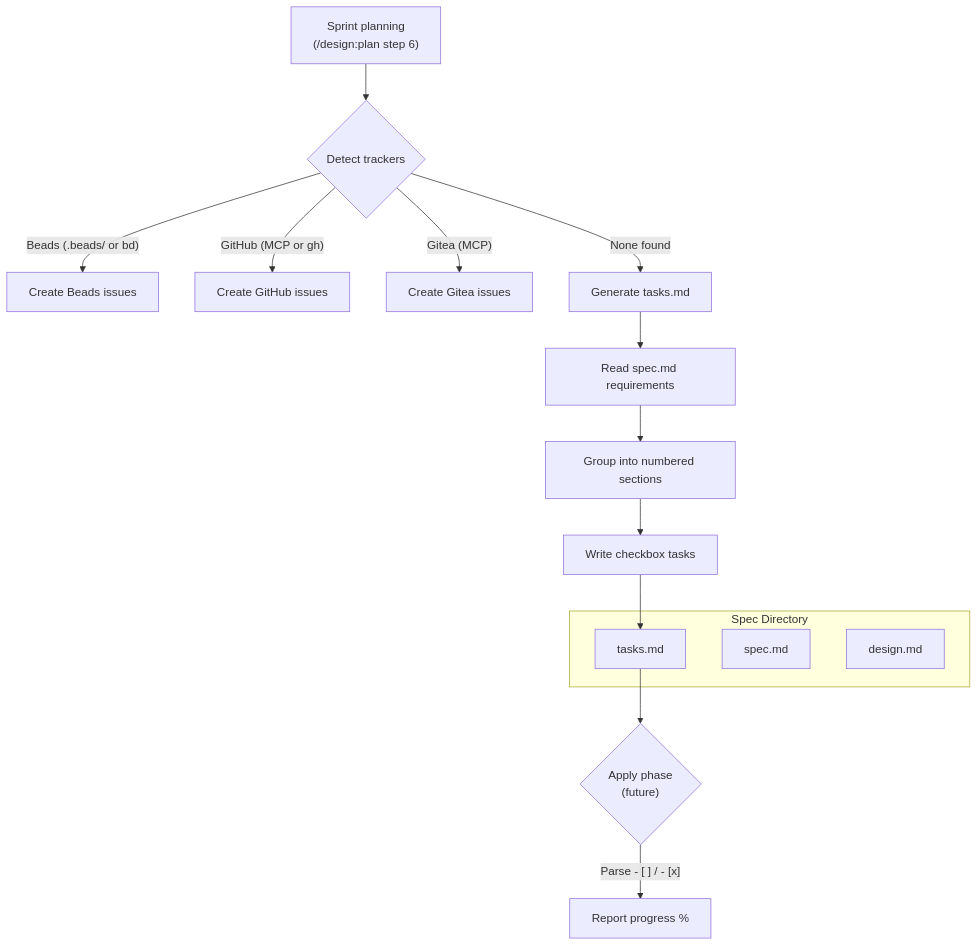
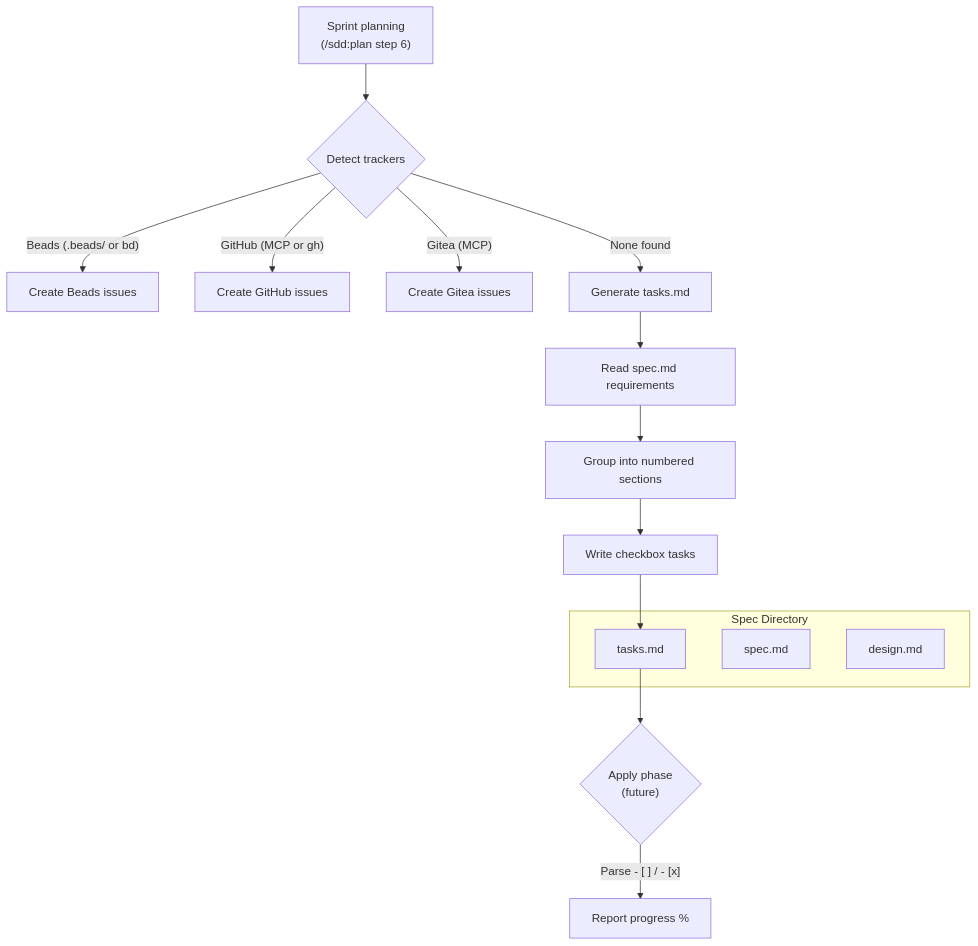
One commit to joestump/claude-plugin-design changed the diagram in docs/openspec/specs/tasks-md-fallback/design.md. Above: the diagram before and after it, drawn with Mermaid. The commit also changed other lines of this file and 106 other files, not shown here.

First line of the commit message:
Rename plugin: design → sdd (Spec-Driven Development) (#75)

````diff
--- a/docs/openspec/specs/tasks-md-fallback/design.md
+++ b/docs/openspec/specs/tasks-md-fallback/design.md
@@ -50,23 +50,23 @@
 ```mermaid
 flowchart TD
-    A["Sprint planning<br/>(/design:plan step 6)"] --> B{"Detect trackers"}
+    A["Sprint planning<br/>(/sdd:plan step 6)"] --> B{"Detect trackers"}
 
     B -->|"Beads (.beads/ or bd)"| C["Create Beads issues"]
     B -->|"GitHub (MCP or gh)"| D["Create GitHub issues"]
     B -->|"Gitea (MCP)"| E["Create Gitea issues"]
     B -->|"None found"| F["Generate tasks.md"]
 
     F --> G["Read spec.md requirements"]
     G --> H["Group into numbered sections"]
     H --> I["Write checkbox tasks"]
     I --> J["docs/openspec/specs/{name}/tasks.md"]
 
     subgraph "Spec Directory"
         K["spec.md"]
         L["design.md"]
         J["tasks.md"]
     end
 
     J --> M{"Apply phase<br/>(future)"}
     M -->|"Parse - [ ] / - [x]"| N["Report progress %"]
 ```
````
